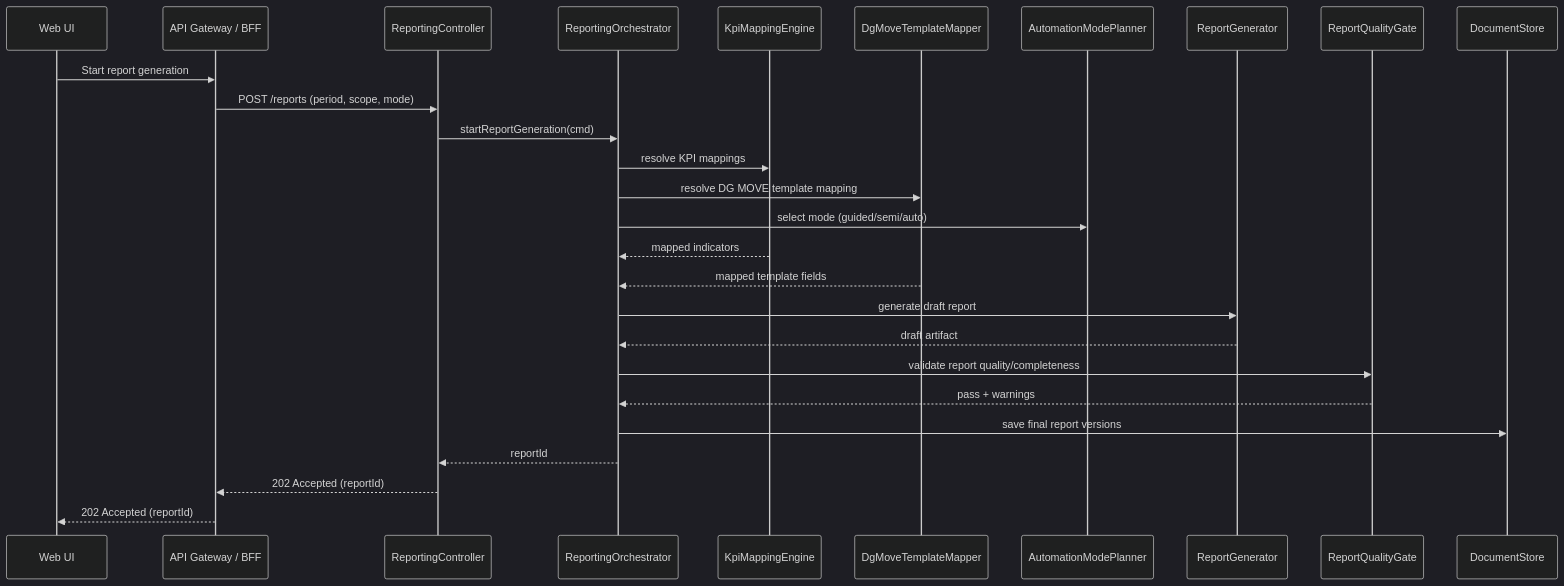
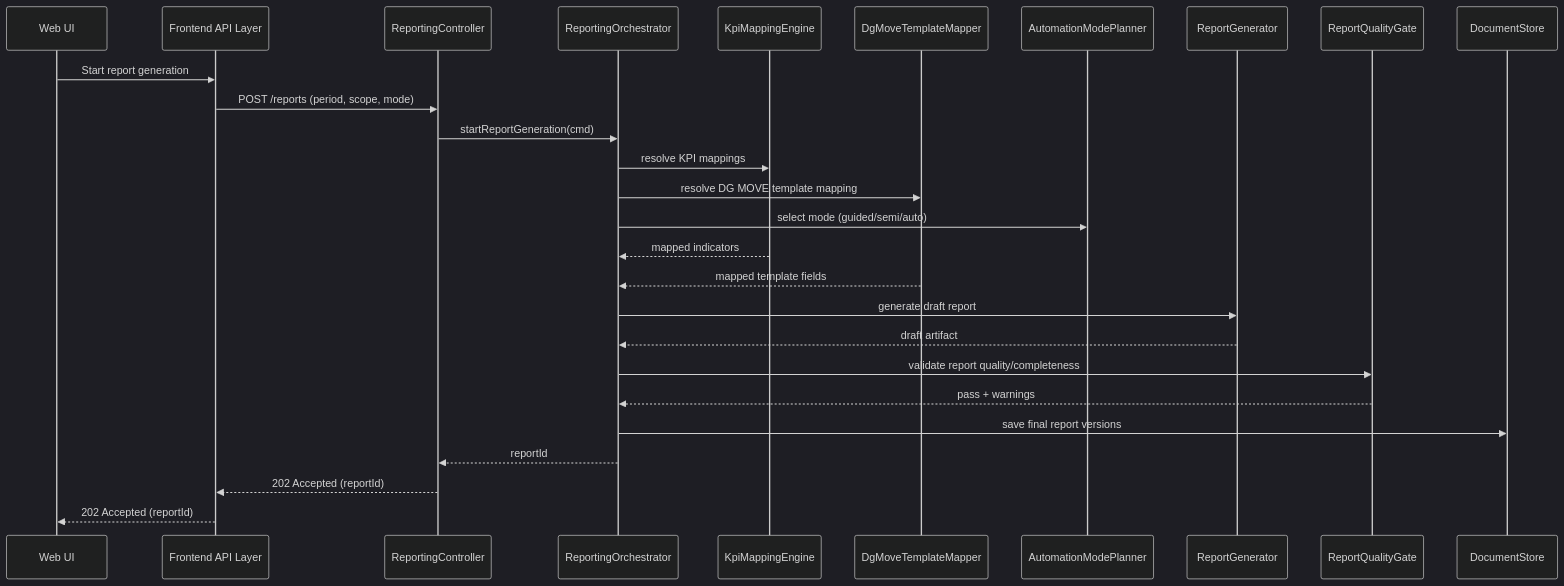
Before and after one commit to UM-KGPI/Napcore-ITS-Reporting: the diagram in Napcore-ITS-Reporting/docs/architecture/mermaid/reporting-primary-runtime-flow.mmd, drawn with Mermaid (dark theme). The commit also changed 2 other files, not shown here.

Commit message:
Use Frontend API Layer label in reporting sequence

```diff
--- a/Napcore-ITS-Reporting/docs/architecture/mermaid/reporting-primary-runtime-flow.mmd
+++ b/Napcore-ITS-Reporting/docs/architecture/mermaid/reporting-primary-runtime-flow.mmd
@@ -1,28 +1,28 @@
 sequenceDiagram
     participant UI as Web UI
-    participant BFF as API Gateway / BFF
+    participant FAPI as Frontend API Layer
     participant API as ReportingController
     participant ORCH as ReportingOrchestrator
     participant MAP as KpiMappingEngine
     participant DGMAP as DgMoveTemplateMapper
     participant AUTO as AutomationModePlanner
     participant GEN as ReportGenerator
     participant QA as ReportQualityGate
     participant DOCS as DocumentStore
 
-    UI->>BFF: Start report generation
-    BFF->>API: POST /reports (period, scope, mode)
+    UI->>FAPI: Start report generation
+    FAPI->>API: POST /reports (period, scope, mode)
     API->>ORCH: startReportGeneration(cmd)
     ORCH->>MAP: resolve KPI mappings
     ORCH->>DGMAP: resolve DG MOVE template mapping
     ORCH->>AUTO: select mode (guided/semi/auto)
     MAP-->>ORCH: mapped indicators
     DGMAP-->>ORCH: mapped template fields
     ORCH->>GEN: generate draft report
     GEN-->>ORCH: draft artifact
     ORCH->>QA: validate report quality/completeness
     QA-->>ORCH: pass + warnings
     ORCH->>DOCS: save final report versions
     ORCH-->>API: reportId
-    API-->>BFF: 202 Accepted (reportId)
-    BFF-->>UI: 202 Accepted (reportId)
+    API-->>FAPI: 202 Accepted (reportId)
+    FAPI-->>UI: 202 Accepted (reportId)
```
